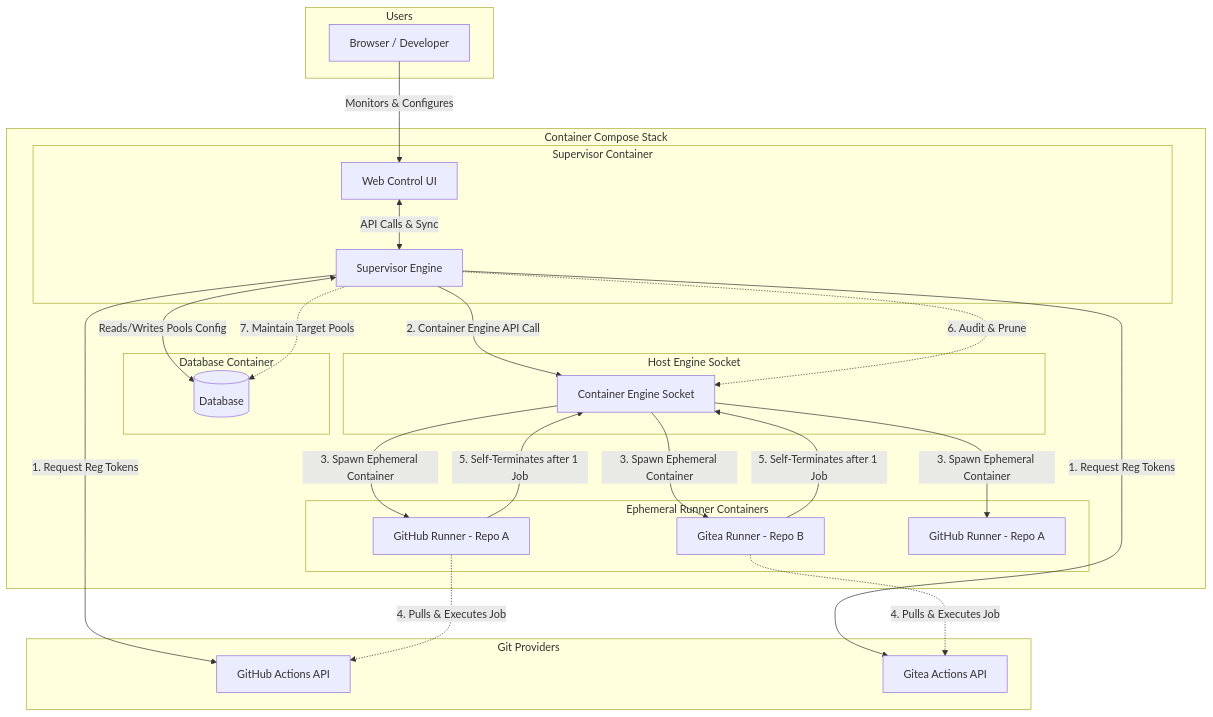
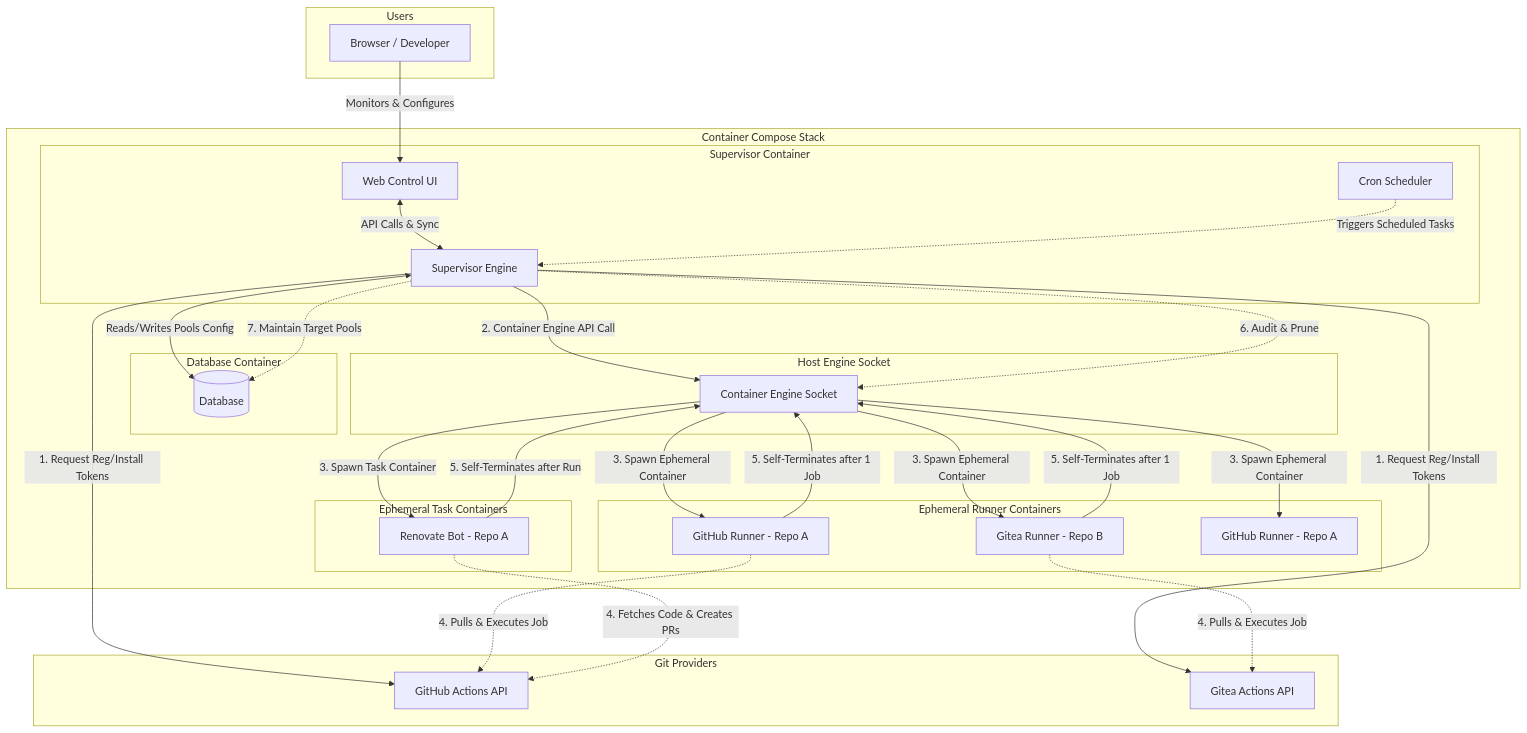
Before and after one commit to noosxe/gh-runner: the diagram in docs/02-architecture-design.md, drawn with Mermaid. The commit also changed other lines of this file and 3 other files, not shown here.

Commit message:
docs: integrate renovate bot into architecture design (#16)

````diff
--- a/docs/02-architecture-design.md
+++ b/docs/02-architecture-design.md
@@ -9,49 +9,58 @@
 ```mermaid
 graph TD
     subgraph Users
         User[Browser / Developer]
     end
 
     subgraph Git Providers
         GH[GitHub Actions API]
         GT[Gitea Actions API]
     end
 
     subgraph Host Machine [Container Compose Stack]
         subgraph Supervisor Container
             SD[Supervisor Engine]
+            CS[Cron Scheduler]
             WebUI[Web Control UI]
         end
 
         subgraph Database Container
             DB[(Database)]
         end
 
         subgraph Host Engine Socket
             Engine[Container Engine Socket]
         end
 
         subgraph Ephemeral Runner Containers
             R1[GitHub Runner - Repo A]
             R2[Gitea Runner - Repo B]
             R3[GitHub Runner - Repo A]
         end
+
+        subgraph Ephemeral Task Containers
+            RV[Renovate Bot - Repo A]
+        end
     end
 
     %% Communication Pathways
     User -->|Monitors & Configures| WebUI
     WebUI <-->|API Calls & Sync| SD
     SD <-->|Reads/Writes Pools Config| DB
-    SD -->|1. Request Reg Tokens| GH
-    SD -->|1. Request Reg Tokens| GT
+    SD -->|1. Request Reg/Install Tokens| GH
+    SD -->|1. Request Reg/Install Tokens| GT
+    CS -.->|Triggers Scheduled Tasks| SD
     SD -->|2. Container Engine API Call| Engine
     Engine -->|3. Spawn Ephemeral Container| R1
     Engine -->|3. Spawn Ephemeral Container| R2
     Engine -->|3. Spawn Ephemeral Container| R3
+    Engine -->|3. Spawn Task Container| RV
     R1 -.->|4. Pulls & Executes Job| GH
     R2 -.->|4. Pulls & Executes Job| GT
+    RV -.->|4. Fetches Code & Creates PRs| GH
     R1 -->|5. Self-Terminates after 1 Job| Engine
     R2 -->|5. Self-Terminates after 1 Job| Engine
+    RV -->|5. Self-Terminates after Run| Engine
     SD -.->|6. Audit & Prune| Engine
     SD -.->|7. Maintain Target Pools| DB
 ```
````
